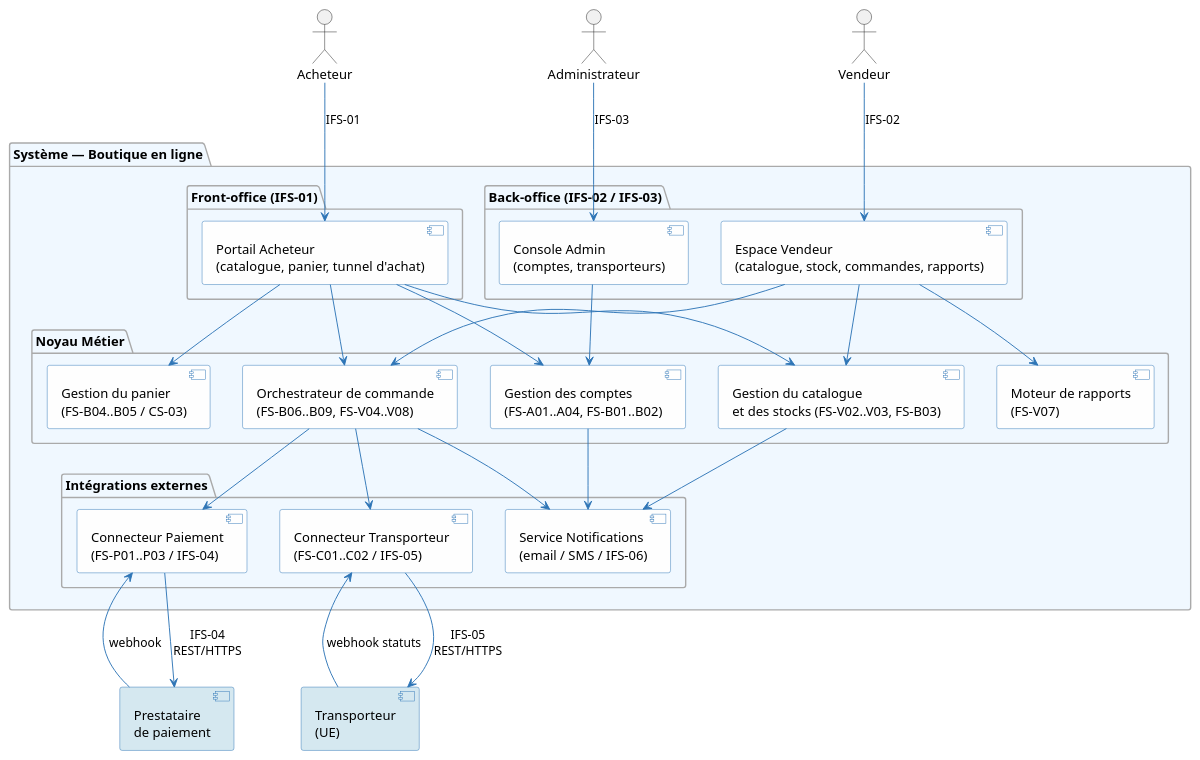
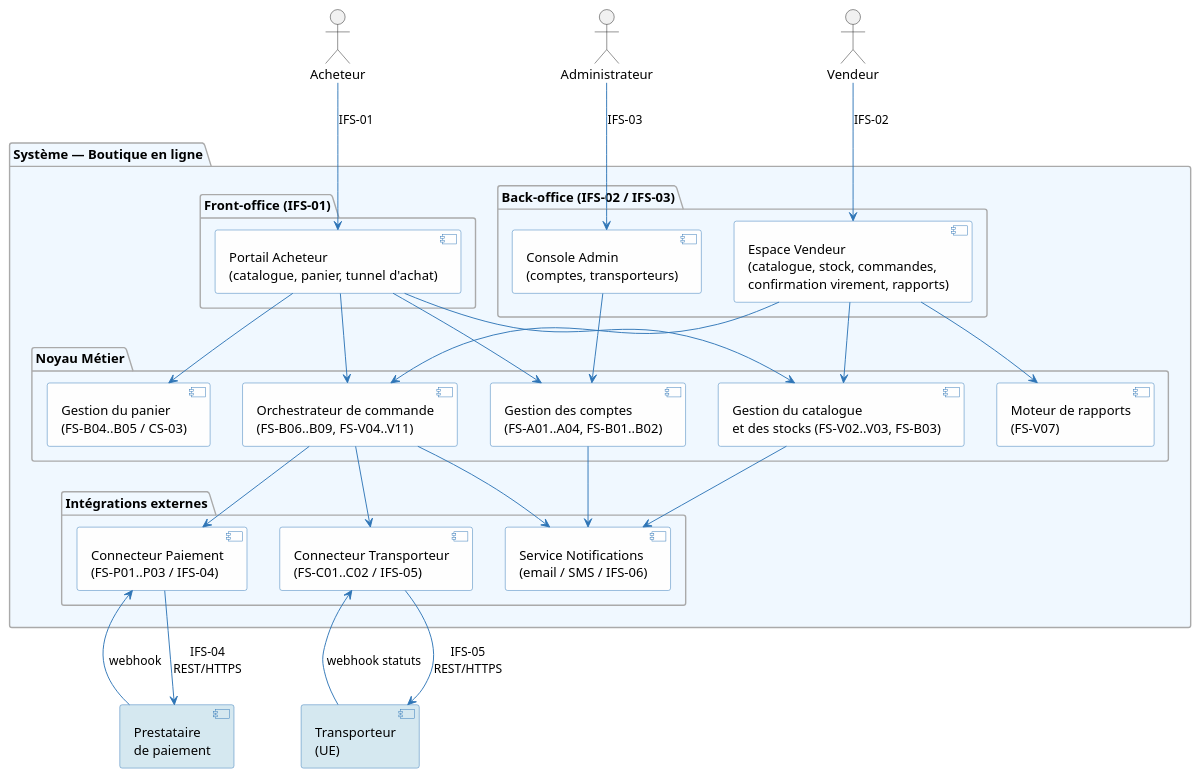
One commit to louistalvande/online_shop changed the fifth of 5 diagrams in architecture/2_system_analysis.adoc. Above: the diagram before and after it, drawn with PlantUML. The commit also changed other lines of this file, not shown here.

Commit message:
Update 2_system_analysis.adoc with new order status

```diff
--- a/architecture/2_system_analysis.adoc
+++ b/architecture/2_system_analysis.adoc
@@ -1087,73 +973,73 @@
-[plantuml, sa-components, svg]
+[plantuml]
 ----
 skinparam componentBackgroundColor #FEFEFE
 skinparam componentBorderColor #2E75B6
 skinparam arrowColor #2E75B6
 skinparam interfaceBackgroundColor #E8F4FD
 skinparam interfaceBorderColor #2E75B6
 skinparam noteBackgroundColor #FFFBE6
 skinparam noteBorderColor #F0A500
 skinparam packageBackgroundColor #F0F8FF
 skinparam packageBorderColor #AAAAAA
 
 actor "Acheteur" as Buyer
 actor "Vendeur" as Vendor
 actor "Administrateur" as Admin
 
 package "Système — Boutique en ligne" {
 
   package "Front-office (IFS-01)" {
     [Portail Acheteur\n(catalogue, panier, tunnel d'achat)] as FrontBuyer
   }
 
   package "Back-office (IFS-02 / IFS-03)" {
-    [Espace Vendeur\n(catalogue, stock, commandes, rapports)] as BackVendor
+    [Espace Vendeur\n(catalogue, stock, commandes,\nconfirmation virement, rapports)] as BackVendor
     [Console Admin\n(comptes, transporteurs)] as BackAdmin
   }
 
   package "Noyau Métier" {
     [Gestion des comptes\n(FS-A01..A04, FS-B01..B02)] as AccountSvc
     [Gestion du catalogue\net des stocks (FS-V02..V03, FS-B03)] as CatalogSvc
     [Gestion du panier\n(FS-B04..B05 / CS-03)] as CartSvc
-    [Orchestrateur de commande\n(FS-B06..B09, FS-V04..V08)] as OrderSvc
+    [Orchestrateur de commande\n(FS-B06..B09, FS-V04..V11)] as OrderSvc
     [Moteur de rapports\n(FS-V07)] as ReportSvc
   }
 
   package "Intégrations externes" {
     [Connecteur Paiement\n(FS-P01..P03 / IFS-04)] as PaySvc
     [Connecteur Transporteur\n(FS-C01..C02 / IFS-05)] as CarrierSvc
     [Service Notifications\n(email / SMS / IFS-06)] as NotifSvc
   }
 
 }
 
 component "Prestataire\nde paiement" as ExtPayment #D5E8F0
 component "Transporteur\n(UE)" as ExtCarrier #D5E8F0
 
 Buyer --> FrontBuyer : IFS-01
 Vendor --> BackVendor : IFS-02
 Admin --> BackAdmin : IFS-03
 
 FrontBuyer --> AccountSvc
 FrontBuyer --> CatalogSvc
 FrontBuyer --> CartSvc
 FrontBuyer --> OrderSvc
 
 BackVendor --> CatalogSvc
 BackVendor --> OrderSvc
 BackVendor --> ReportSvc
 
 BackAdmin --> AccountSvc
 
 OrderSvc --> PaySvc
 OrderSvc --> CarrierSvc
 OrderSvc --> NotifSvc
 AccountSvc --> NotifSvc
 CatalogSvc --> NotifSvc
 
 PaySvc --> ExtPayment : IFS-04\nREST/HTTPS
 ExtPayment --> PaySvc : webhook
 
 CarrierSvc --> ExtCarrier : IFS-05\nREST/HTTPS
 ExtCarrier --> CarrierSvc : webhook statuts
 ----
```
